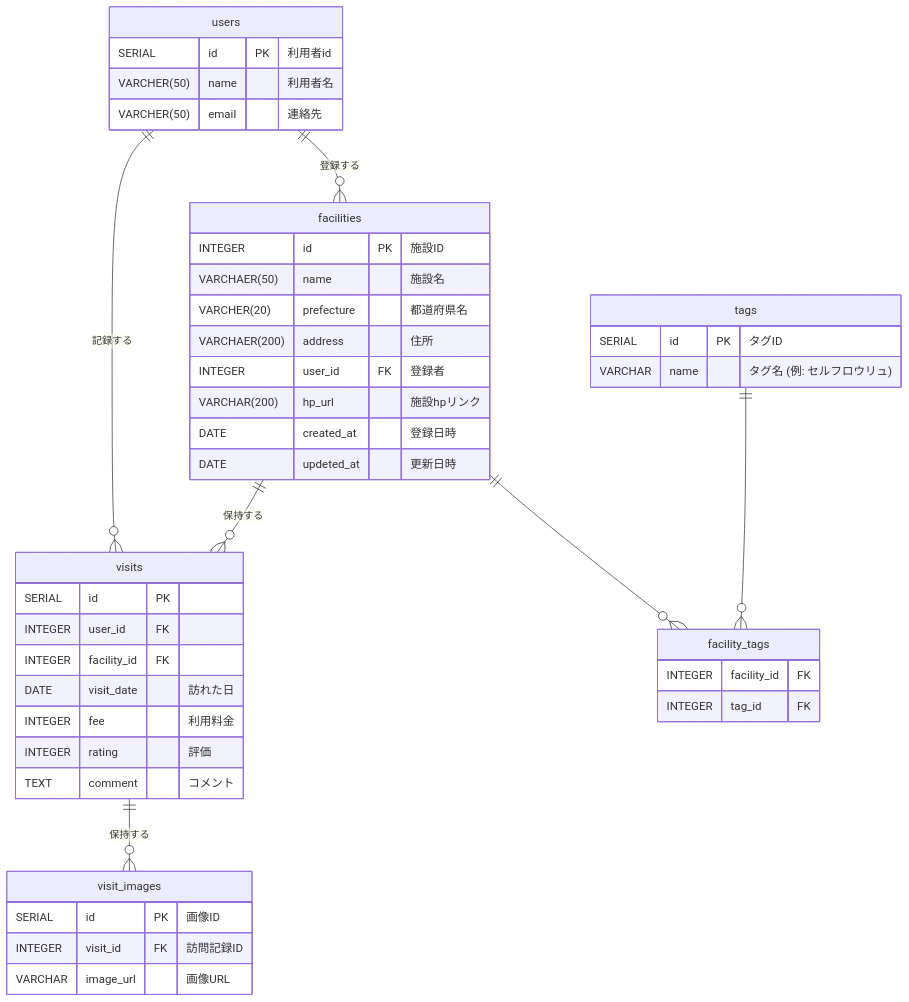
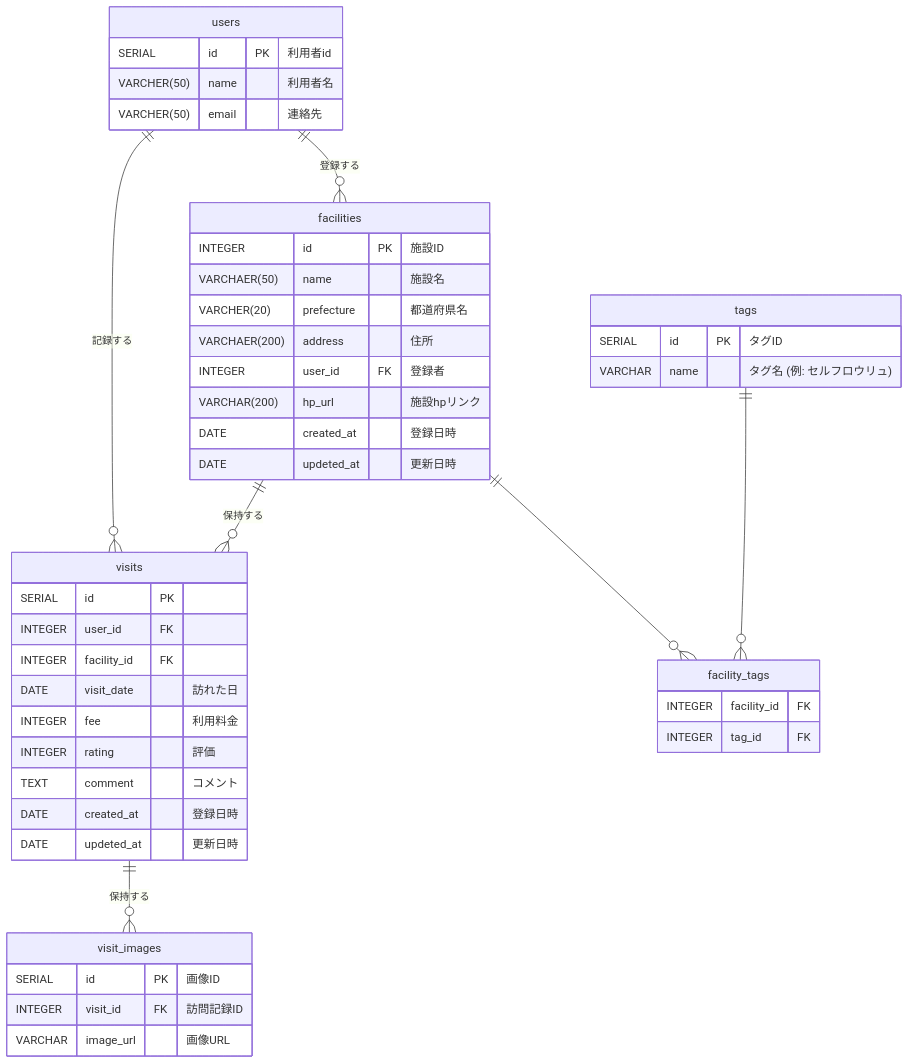
The diagram in docs/database.md (Seeeeego/sauna_app), drawn with Mermaid before and after one commit. The commit also changed other lines of this file, not shown here.

````diff
--- a/docs/database.md
+++ b/docs/database.md
@@ -1,50 +1,52 @@
 ```mermaid
 erDiagram
     users {
         SERIAL id PK "利用者id"
         VARCHER(50) name "利用者名"
         VARCHER(50) email  "連絡先"
     }
     
     facilities {
         INTEGER id PK "施設ID"
         VARCHAER(50) name "施設名"
         VARCHER(20) prefecture "都道府県名"
         VARCHAER(200) address "住所"
         INTEGER user_id  FK "登録者"
         VARCHAR(200) hp_url "施設hpリンク"
         DATE created_at "登録日時"
         DATE updeted_at "更新日時"
     }
     
     visits {
         SERIAL id PK
         INTEGER user_id FK
         INTEGER facility_id FK
         DATE visit_date "訪れた日"
         INTEGER fee "利用料金"
         INTEGER rating "評価"
         TEXT comment "コメント"
+        DATE created_at "登録日時"
+        DATE updeted_at "更新日時"
     }
 
     tags {
         SERIAL id PK "タグID"
         VARCHAR name "タグ名 (例: セルフロウリュ)"
     }
     facility_tags {
         INTEGER facility_id FK
         INTEGER tag_id FK
     }
     visit_images {
         SERIAL id PK "画像ID"
         INTEGER visit_id FK "訪問記録ID"
         VARCHAR image_url "画像URL"
     }
     
     users ||--o{ facilities : "登録する"
     users ||--o{ visits : "記録する"
     facilities ||--o{ visits : "保持する"
     facilities ||--o{ facility_tags : ""
     tags ||--o{ facility_tags : ""
     visits ||--o{ visit_images : "保持する"
 ```
````
